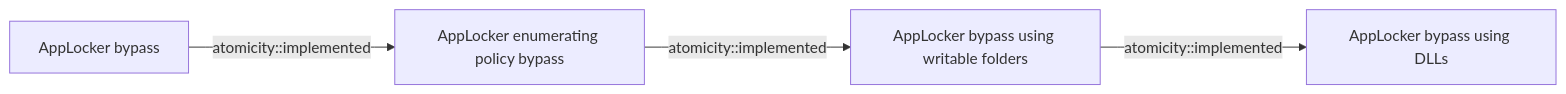
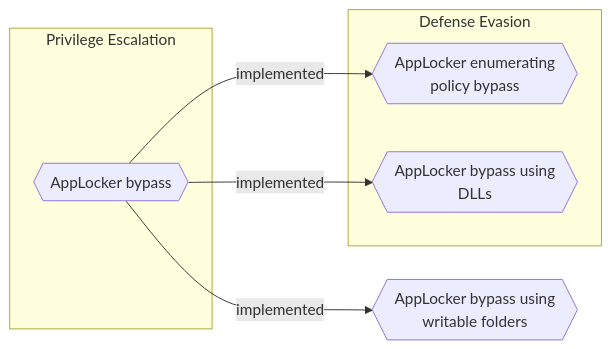
Before and after one commit to opentidehq/library: the diagram in docs/threats/applocker-bypass.md, drawn with Mermaid. The commit also changed other lines of this file and 540 other files, not shown here.

````diff
--- a/docs/threats/applocker-bypass.md
+++ b/docs/threats/applocker-bypass.md
@@ -94,10 +101,14 @@
 ```mermaid
 flowchart LR
-197c06c8_7959_4e28_9ede_b3e7b6f13442["AppLocker bypass"]
-9a1aeae5_912e_492c_b5d4_8bce91a95dae["AppLocker enumerating policy bypass"]
-ff8c52ac_77d0_4bee_9f6d_e40fc6e0da63["AppLocker bypass using writable folders"]
-a73c2506_8584_4c0b_bfdc_52e33c8bd229["AppLocker bypass using DLLs"]
-197c06c8_7959_4e28_9ede_b3e7b6f13442 -->|atomicity::implemented| 9a1aeae5_912e_492c_b5d4_8bce91a95dae
-9a1aeae5_912e_492c_b5d4_8bce91a95dae -->|atomicity::implemented| ff8c52ac_77d0_4bee_9f6d_e40fc6e0da63
-ff8c52ac_77d0_4bee_9f6d_e40fc6e0da63 -->|atomicity::implemented| a73c2506_8584_4c0b_bfdc_52e33c8bd229
+subgraph "Privilege Escalation"
+197c06c8_7959_4e28_9ede_b3e7b6f13442{{"AppLocker bypass"}}
+end
+subgraph "Defense Evasion"
+9a1aeae5_912e_492c_b5d4_8bce91a95dae{{"AppLocker enumerating<br>policy bypass"}}
+a73c2506_8584_4c0b_bfdc_52e33c8bd229{{"AppLocker bypass using<br>DLLs"}}
+end
+ff8c52ac_77d0_4bee_9f6d_e40fc6e0da63{{"AppLocker bypass using<br>writable folders"}}
+197c06c8_7959_4e28_9ede_b3e7b6f13442 -->|implemented| 9a1aeae5_912e_492c_b5d4_8bce91a95dae
+197c06c8_7959_4e28_9ede_b3e7b6f13442 -->|implemented| ff8c52ac_77d0_4bee_9f6d_e40fc6e0da63
+197c06c8_7959_4e28_9ede_b3e7b6f13442 -->|implemented| a73c2506_8584_4c0b_bfdc_52e33c8bd229
 ```
````
